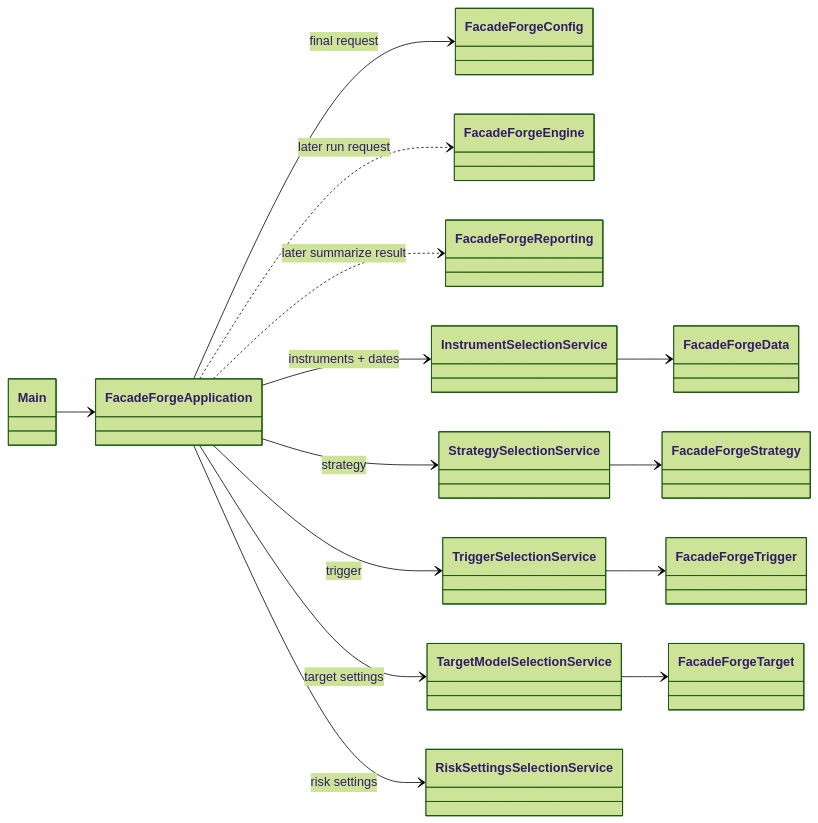
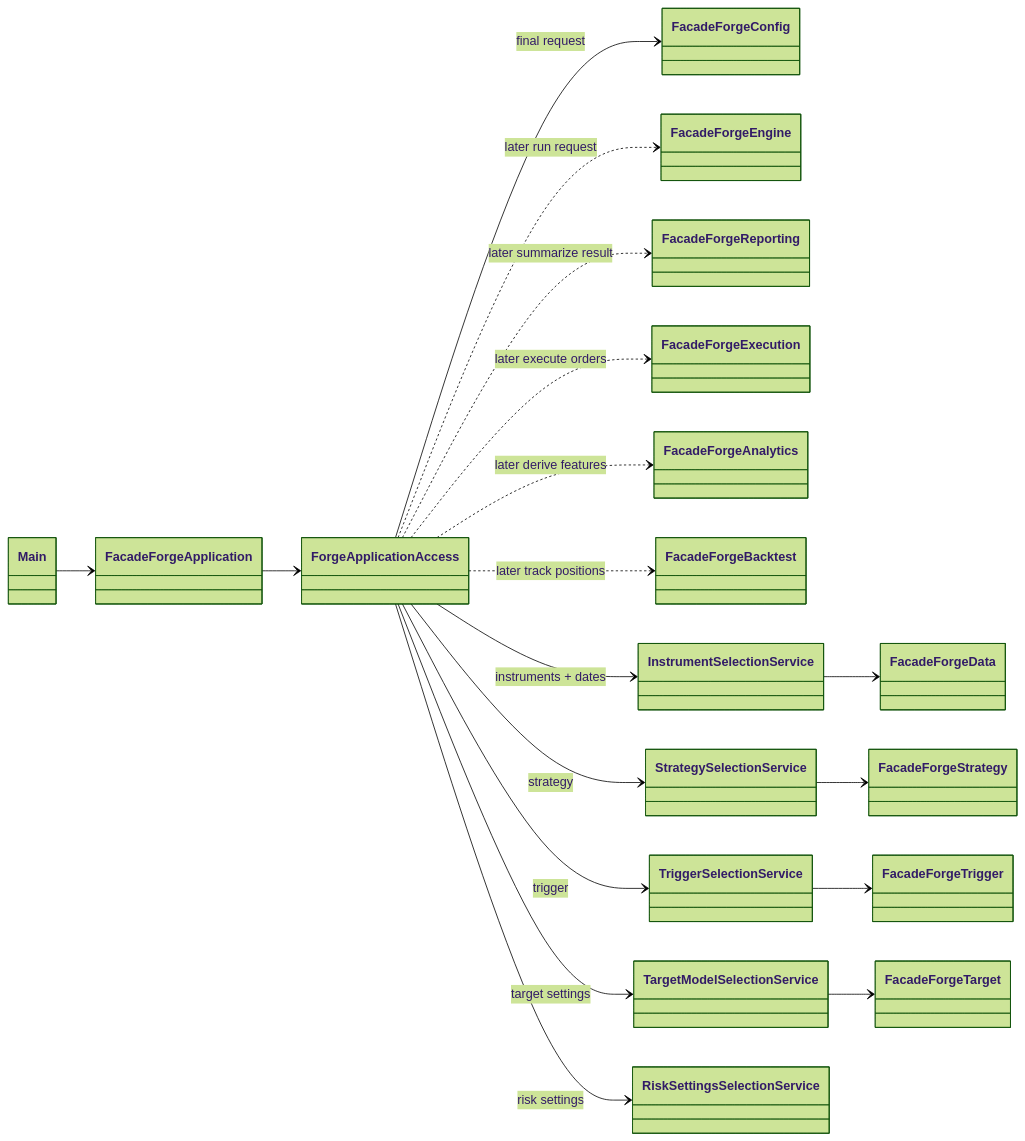
One commit to probst-paul/FORGE changed the first of 13 diagrams in class-model.md. Above: the diagram before and after it, drawn with Mermaid (forest theme). The commit also changed other lines of this file and 16 other files, not shown here.

First line of the commit message:
Add Forge*Access facades and refactor facades

````diff
--- a/class-model.md
+++ b/class-model.md
@@ -5,35 +5,43 @@
 ```mermaid
 classDiagram
     direction LR
 
     class Main
     class FacadeForgeApplication
     class FacadeForgeConfig
     class FacadeForgeData
     class FacadeForgeStrategy
     class FacadeForgeTrigger
     class FacadeForgeTarget
     class FacadeForgeEngine
     class FacadeForgeReporting
+    class FacadeForgeExecution
+    class FacadeForgeAnalytics
+    class FacadeForgeBacktest
+    class ForgeApplicationAccess
     class InstrumentSelectionService
     class StrategySelectionService
     class TriggerSelectionService
     class TargetModelSelectionService
     class RiskSettingsSelectionService
 
     Main --> FacadeForgeApplication
-    FacadeForgeApplication --> InstrumentSelectionService : instruments + dates
-    FacadeForgeApplication --> StrategySelectionService : strategy
-    FacadeForgeApplication --> RiskSettingsSelectionService : risk settings
-    FacadeForgeApplication --> TriggerSelectionService : trigger
-    FacadeForgeApplication --> TargetModelSelectionService : target settings
-    FacadeForgeApplication --> FacadeForgeConfig : final request
+    FacadeForgeApplication --> ForgeApplicationAccess
+    ForgeApplicationAccess --> InstrumentSelectionService : instruments + dates
+    ForgeApplicationAccess --> StrategySelectionService : strategy
+    ForgeApplicationAccess --> RiskSettingsSelectionService : risk settings
+    ForgeApplicationAccess --> TriggerSelectionService : trigger
+    ForgeApplicationAccess --> TargetModelSelectionService : target settings
+    ForgeApplicationAccess --> FacadeForgeConfig : final request
 
     InstrumentSelectionService --> FacadeForgeData
     StrategySelectionService --> FacadeForgeStrategy
     TriggerSelectionService --> FacadeForgeTrigger
     TargetModelSelectionService --> FacadeForgeTarget
 
-    FacadeForgeApplication ..> FacadeForgeEngine : later run request
-    FacadeForgeApplication ..> FacadeForgeReporting : later summarize result
+    ForgeApplicationAccess ..> FacadeForgeEngine : later run request
+    ForgeApplicationAccess ..> FacadeForgeExecution : later execute orders
+    ForgeApplicationAccess ..> FacadeForgeReporting : later summarize result
+    ForgeApplicationAccess ..> FacadeForgeAnalytics : later derive features
+    ForgeApplicationAccess ..> FacadeForgeBacktest : later track positions
 ```
````
